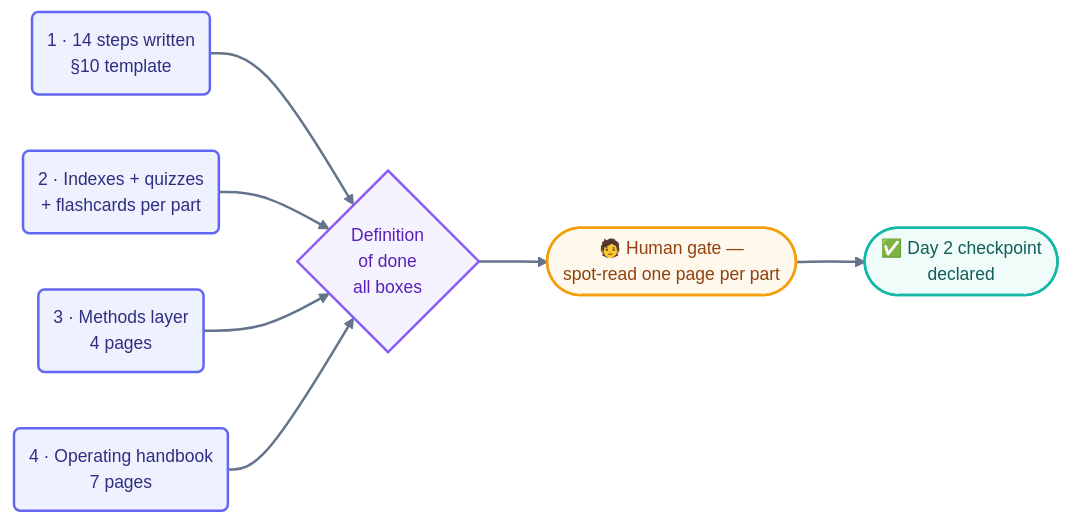
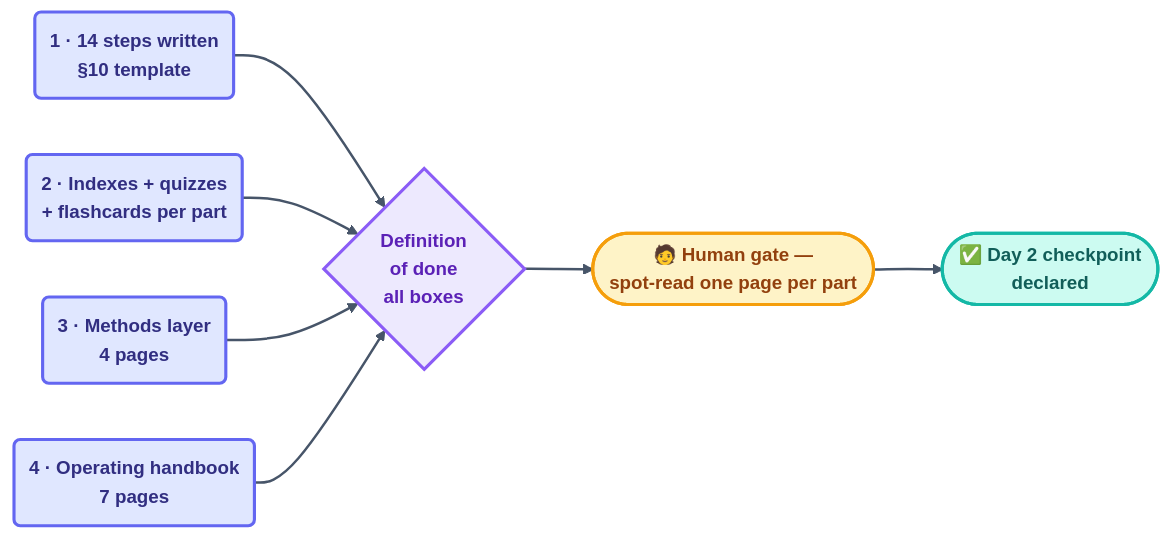
The diagram in shared/goal.md (ayeshakhalid192007-dev/LoopEngineering-CrashCourse), drawn with Mermaid before and after one commit. The commit also changed 66 other files, not shown here.

First line of the commit message:
docs(diagrams): visibly bolder pass — deeper fills, heavier strokes, semibold labels

````diff
--- a/shared/goal.md
+++ b/shared/goal.md
@@ -28,15 +28,15 @@
 ```mermaid
-%%{init: {'theme':'base','themeVariables':{'fontFamily':'ui-sans-serif, system-ui, sans-serif','fontSize':'14px','lineColor':'#64748b','edgeLabelBackground':'#f8fafc'},'flowchart':{'curve':'basis','nodeSpacing':45,'rankSpacing':55,'padding':12}}}%%
+%%{init: {'theme':'base','themeVariables':{'fontFamily':'ui-sans-serif, system-ui, sans-serif','fontSize':'15px','lineColor':'#475569','edgeLabelBackground':'#f8fafc'},'flowchart':{'curve':'basis','nodeSpacing':45,'rankSpacing':55,'padding':12}}}%%
 flowchart LR
     O1("1 · 14 steps written<br/>§10 template"):::outcome --> DOD{"Definition<br/>of done<br/>all boxes"}:::dod
     O2("2 · Indexes + quizzes<br/>+ flashcards per part"):::outcome --> DOD
     O3("3 · Methods layer<br/>4 pages"):::outcome --> DOD
     O4("4 · Operating handbook<br/>7 pages"):::outcome --> DOD
     DOD --> GATE(["🧑 Human gate —<br/>spot-read one page per part"]):::human
     GATE --> CP(["✅ Day 2 checkpoint<br/>declared"]):::win
-    linkStyle default stroke:#64748b,stroke-width:2px;
-    classDef outcome fill:#eef2ff,stroke:#6366f1,stroke-width:2px,color:#312e81;
-    classDef dod fill:#f5f3ff,stroke:#8b5cf6,stroke-width:2px,color:#5b21b6;
-    classDef human fill:#fef9ec,stroke:#f59e0b,stroke-width:2px,color:#92400e;
-    classDef win fill:#effcf9,stroke:#14b8a6,stroke-width:2px,color:#115e59;
+    linkStyle default stroke:#475569,stroke-width:2px;
+    classDef outcome fill:#e0e7ff,stroke:#6366f1,stroke-width:2.5px,color:#312e81,font-weight:600;
+    classDef dod fill:#ede9fe,stroke:#8b5cf6,stroke-width:2.5px,color:#5b21b6,font-weight:600;
+    classDef human fill:#fef3c7,stroke:#f59e0b,stroke-width:2.5px,color:#92400e,font-weight:600;
+    classDef win fill:#ccfbf1,stroke:#14b8a6,stroke-width:2.5px,color:#115e59,font-weight:600;
 ```
````
